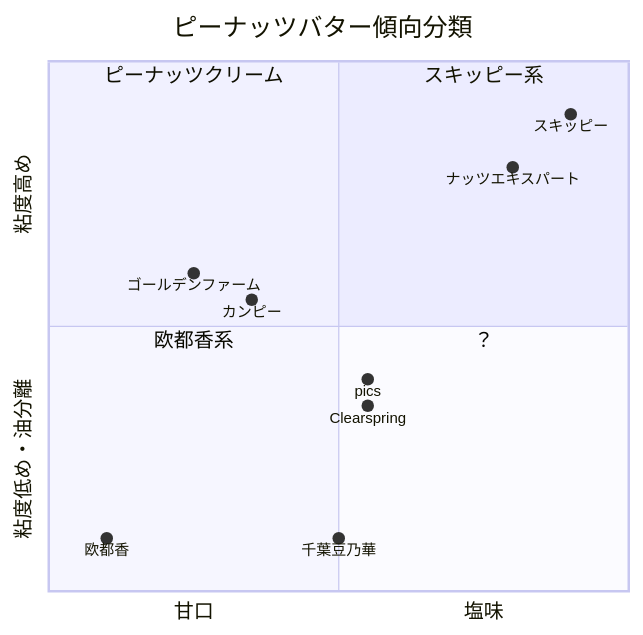
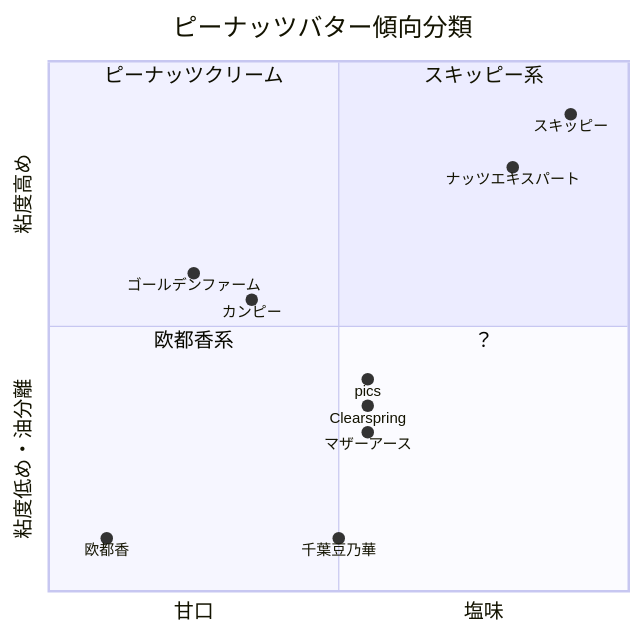
The diagram in content/docs/peanutbutter/index.md (boronology/documents), drawn with Mermaid before and after one commit. The commit also changed other lines of this file, not shown here.

````diff
--- a/content/docs/peanutbutter/index.md
+++ b/content/docs/peanutbutter/index.md
@@ -140,20 +154,20 @@
 ```mermaid
 quadrantChart
     title ピーナッツバター傾向分類
     x-axis "甘口" --> "塩味"
     y-axis "粘度低め・油分離" --> "粘度高め"
     quadrant-1 "スキッピー系"
     quadrant-2 "ピーナッツクリーム"
     quadrant-3 "欧都香系"
     quadrant-4 "？"
     
     "スキッピー": [0.90, 0.90]
     "ナッツエキスパート": [0.8, 0.8]
     "欧都香": [0.10, 0.10]
     "ゴールデンファーム": [0.25, 0.6]
     "pics": [0.55, 0.4]
     "Clearspring": [0.55, 0.35]
+    "マザーアース": [0.55, 0.30]
     "千葉豆乃華": [0.50,0.10]
     "カンピー": [0.35,0.55]
-    
 ```
````
